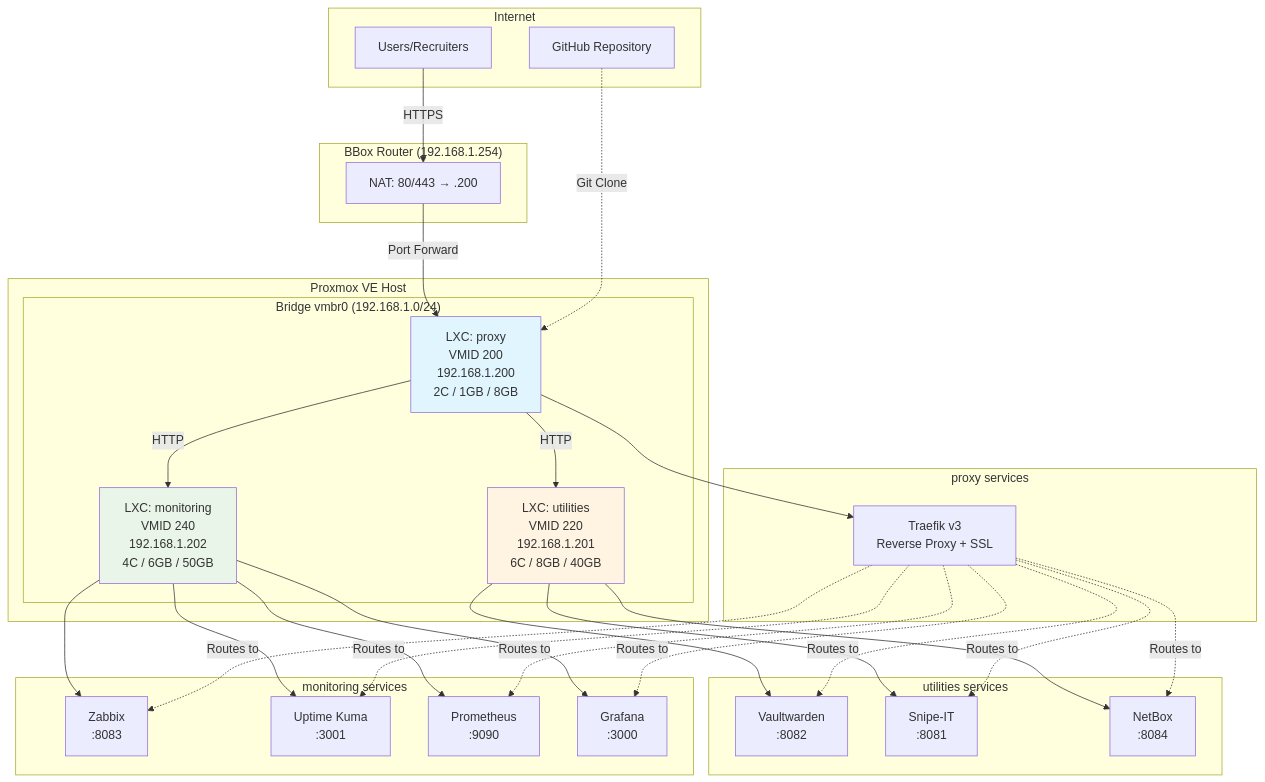
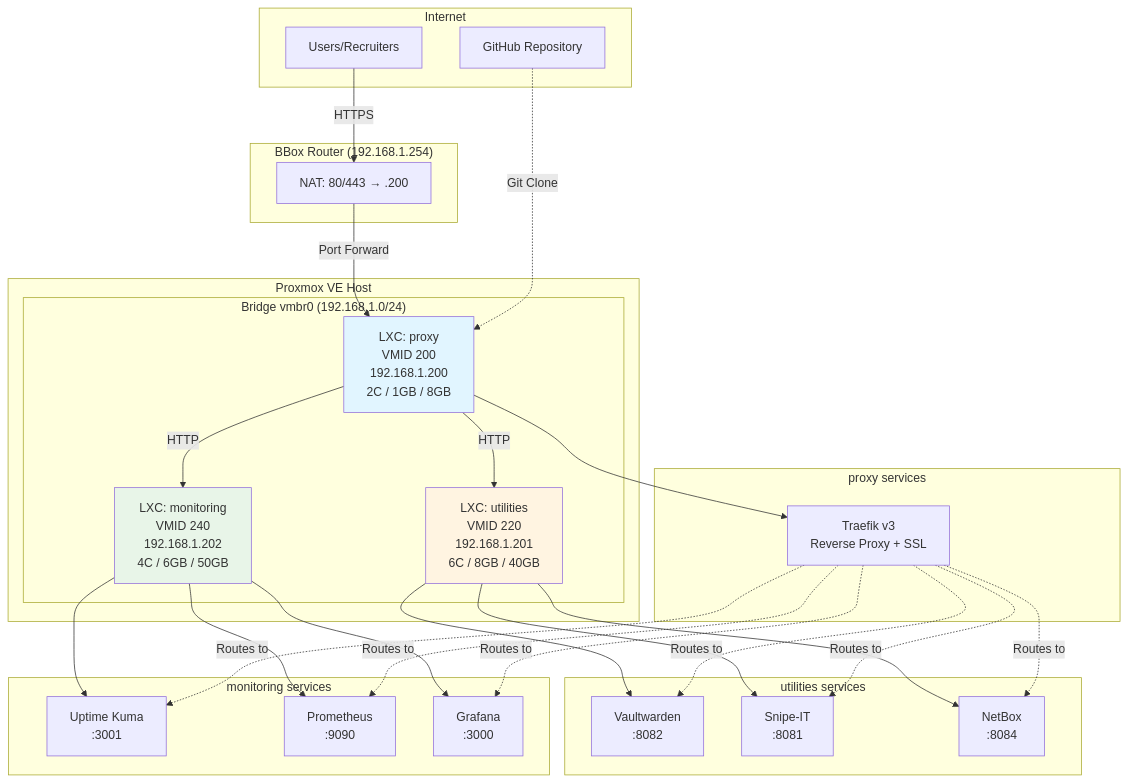
One commit to HibOOps/infra-oldevops changed the first of 10 diagrams in docs/architecture/architecture-diagrams.md. Above: the diagram before and after it, drawn with Mermaid. The commit also changed other lines of this file and 39 other files, not shown here.

````diff
--- a/docs/architecture/architecture-diagrams.md
+++ b/docs/architecture/architecture-diagrams.md
@@ -25,64 +25,61 @@
 ```mermaid
 graph TB
     subgraph Internet
         Users[Users/Recruiters]
         GitHub[GitHub Repository]
     end
 
     subgraph "BBox Router (192.168.1.254)"
         Router[NAT: 80/443 → .200]
     end
 
     subgraph "Proxmox VE Host"
         subgraph "Bridge vmbr0 (192.168.1.0/24)"
             Proxy[LXC: proxy<br/>VMID 200<br/>192.168.1.200<br/>2C / 1GB / 8GB]
             Utils[LXC: utilities<br/>VMID 220<br/>192.168.1.201<br/>6C / 8GB / 40GB]
             Monitor[LXC: monitoring<br/>VMID 240<br/>192.168.1.202<br/>4C / 6GB / 50GB]
         end
     end
 
     Users -->|HTTPS| Router
     Router -->|Port Forward| Proxy
     GitHub -.->|Git Clone| Proxy
 
     Proxy -->|HTTP| Utils
     Proxy -->|HTTP| Monitor
 
     subgraph "proxy services"
         Traefik[Traefik v3<br/>Reverse Proxy + SSL]
     end
 
     subgraph "utilities services"
         Vault[Vaultwarden<br/>:8082]
         Snipe[Snipe-IT<br/>:8081]
         Netbox[NetBox<br/>:8084]
     end
 
     subgraph "monitoring services"
-        Zabbix[Zabbix<br/>:8083]
         Kuma[Uptime Kuma<br/>:3001]
         Prom[Prometheus<br/>:9090]
         Graf[Grafana<br/>:3000]
     end
 
     Proxy --> Traefik
     Utils --> Vault
     Utils --> Snipe
     Utils --> Netbox
-    Monitor --> Zabbix
     Monitor --> Kuma
     Monitor --> Prom
     Monitor --> Graf
 
     Traefik -.->|Routes to| Vault
     Traefik -.->|Routes to| Snipe
     Traefik -.->|Routes to| Netbox
-    Traefik -.->|Routes to| Zabbix
     Traefik -.->|Routes to| Kuma
     Traefik -.->|Routes to| Prom
     Traefik -.->|Routes to| Graf
 
     style Proxy fill:#e1f5ff
     style Utils fill:#fff4e1
     style Monitor fill:#e8f5e8
 ```
````
